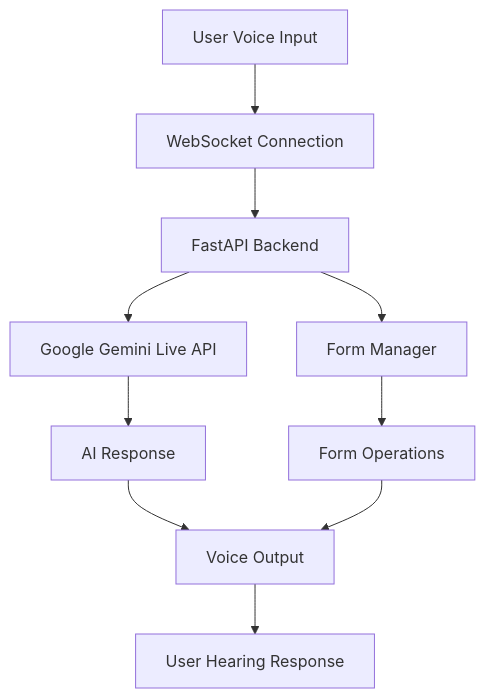
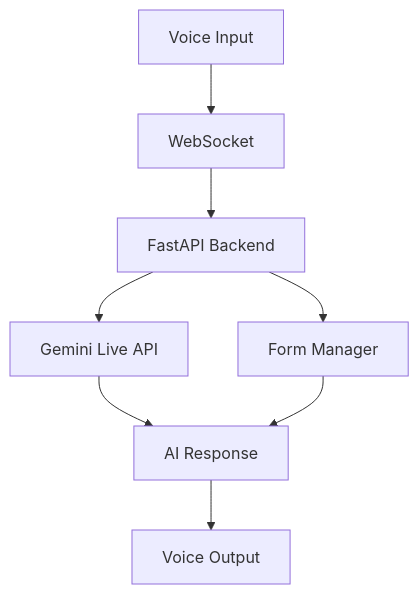
One commit to AnthropoidFHJ/Low-Latency-AI-Voice-Agent changed the diagram in README.md. Above: the diagram before and after it, drawn with Mermaid. The commit also changed other lines of this file and 9 other files, not shown here.

````diff
--- a/README.md
+++ b/README.md
@@ -15,12 +15,10 @@
 ```mermaid
 graph TD
-    A[User Voice Input] --> B[WebSocket Connection]
-    B --> C[FastAPI Backend]
-    C --> D[Google Gemini Live API]
+    A[Voice Input] --> B[WebSocket]
+    B --> C[FastAPI Backend] 
+    C --> D[Gemini Live API]
     C --> E[Form Manager]
     D --> F[AI Response]
-    E --> G[Form Operations]
-    F --> H[Voice Output]
-    G --> H
-    H --> I[User Hearing Response]
+    E --> F
+    F --> G[Voice Output]
 ```
````
